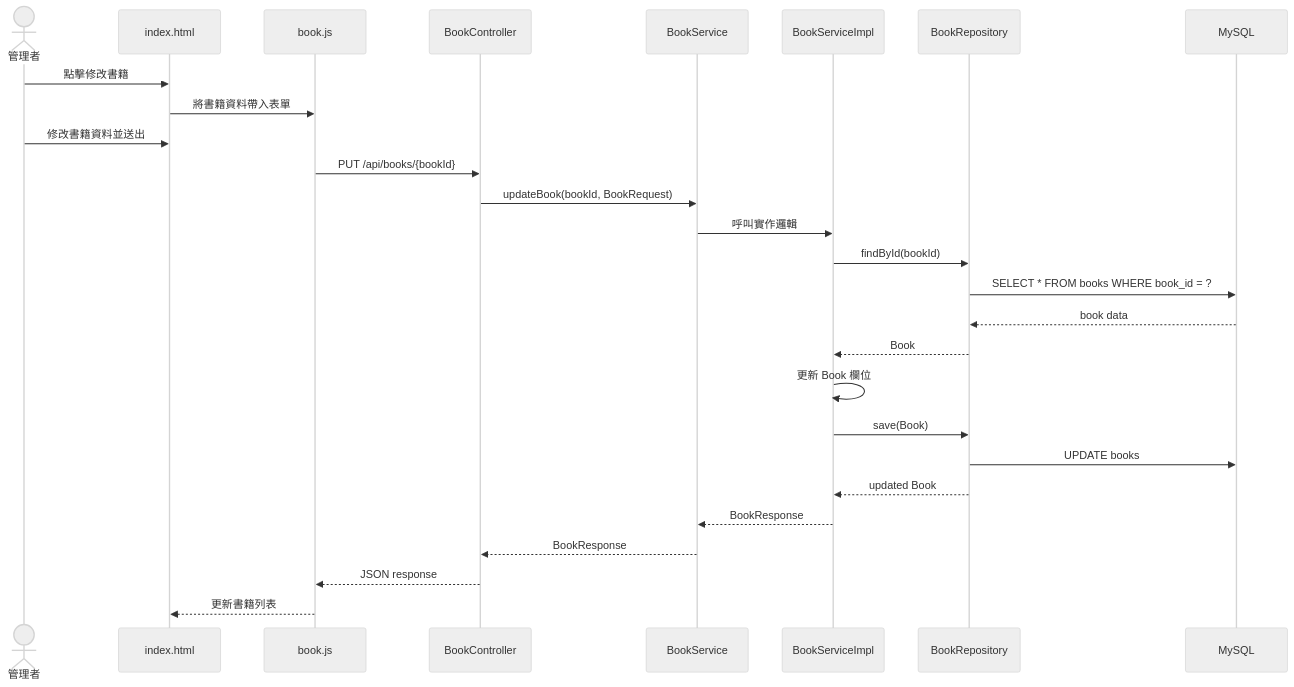
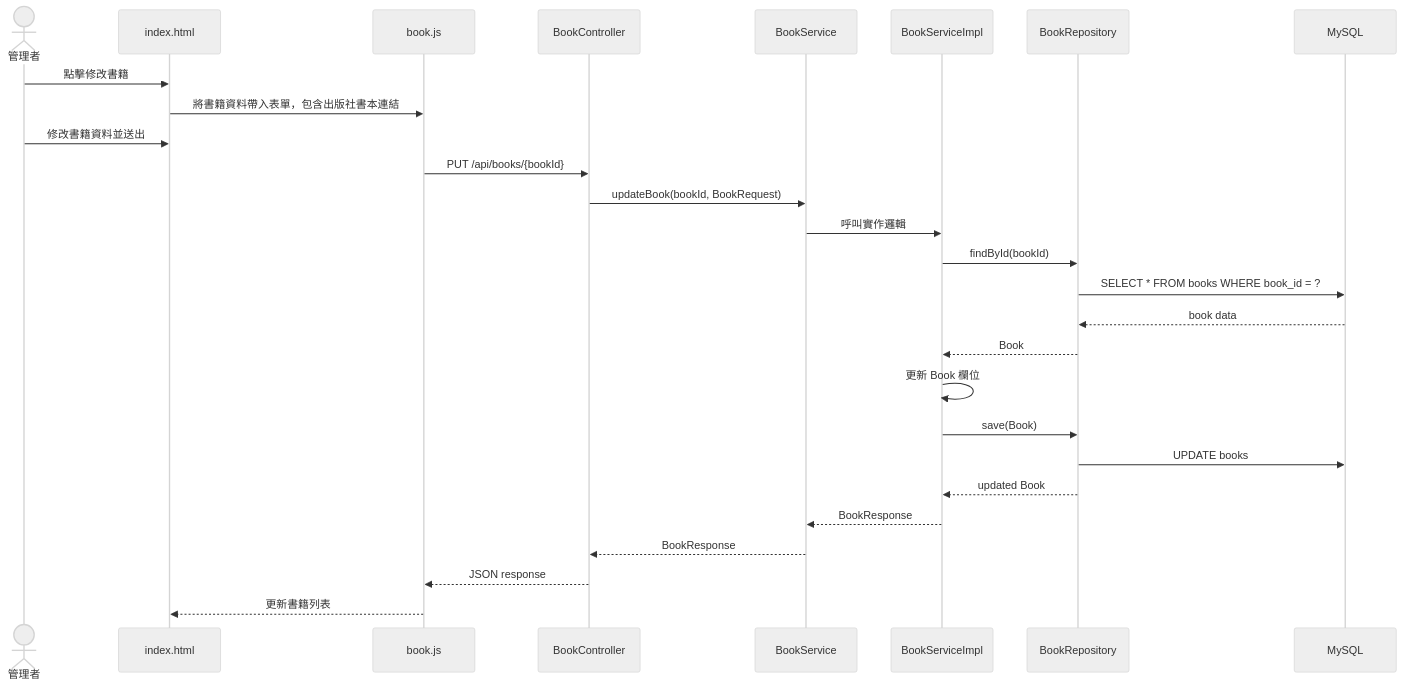
The seventh of 8 diagrams in docs/System_Design.md (fizz123123/Books-Ordering-System), drawn with Mermaid (neutral theme) before and after one commit. The commit also changed other lines of this file, not shown here.

````diff
--- a/docs/System_Design.md
+++ b/docs/System_Design.md
@@ -944,30 +981,30 @@
 ```mermaid
 sequenceDiagram
     actor Admin as 管理者
     participant Page as index.html
     participant JS as book.js
     participant Controller as BookController
     participant Service as BookService
     participant Impl as BookServiceImpl
     participant Repository as BookRepository
     participant DB as MySQL
 
     Admin->>Page: 點擊修改書籍
-    Page->>JS: 將書籍資料帶入表單
+    Page->>JS: 將書籍資料帶入表單，包含出版社書本連結
     Admin->>Page: 修改書籍資料並送出
     JS->>Controller: PUT /api/books/{bookId}
     Controller->>Service: updateBook(bookId, BookRequest)
     Service->>Impl: 呼叫實作邏輯
     Impl->>Repository: findById(bookId)
     Repository->>DB: SELECT * FROM books WHERE book_id = ?
     DB-->>Repository: book data
     Repository-->>Impl: Book
     Impl->>Impl: 更新 Book 欄位
     Impl->>Repository: save(Book)
     Repository->>DB: UPDATE books
     Repository-->>Impl: updated Book
     Impl-->>Service: BookResponse
     Service-->>Controller: BookResponse
     Controller-->>JS: JSON response
     JS-->>Page: 更新書籍列表
 ```
````
